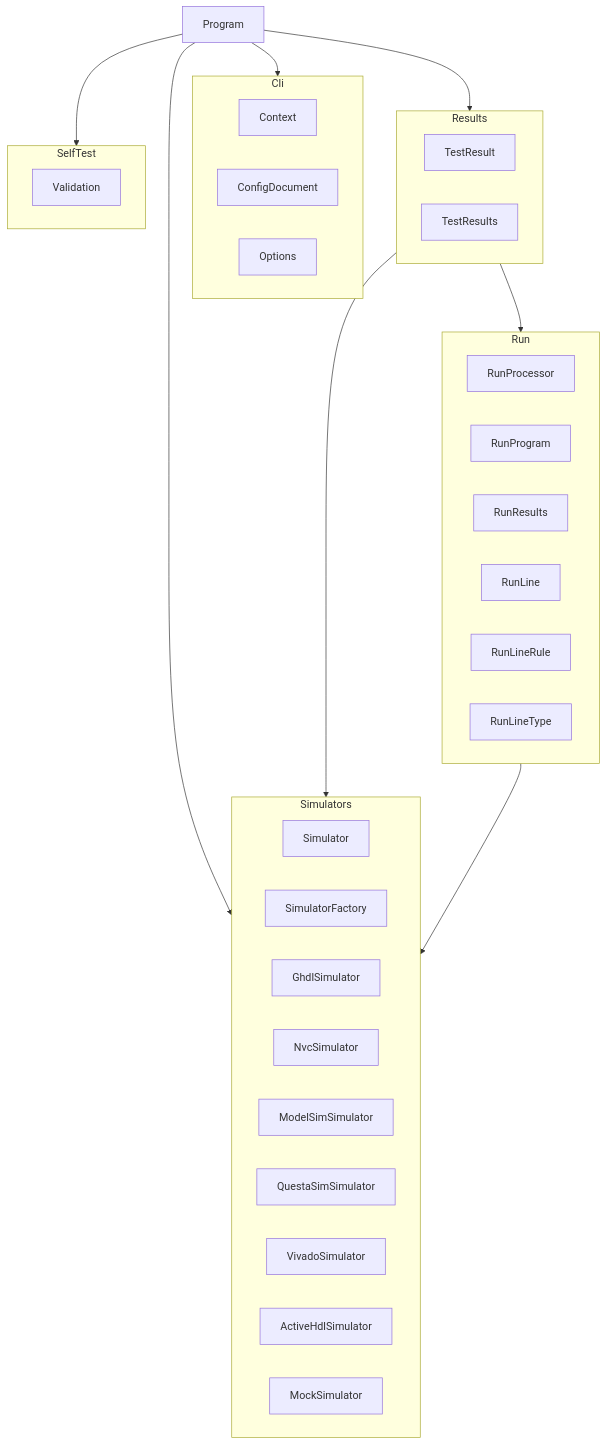
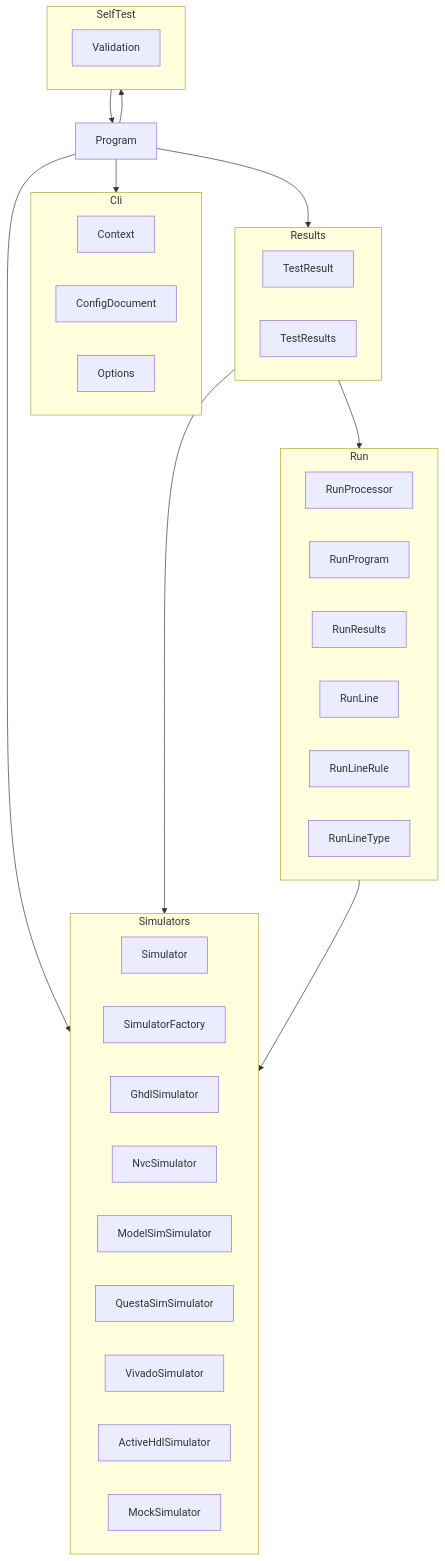
The diagram in docs/design/vhdltest.md (demaconsulting/VHDLTest), drawn with Mermaid before and after one commit. The commit also changed other lines of this file and 26 other files, not shown here.

````diff
--- a/docs/design/vhdltest.md
+++ b/docs/design/vhdltest.md
@@ -11,48 +13,49 @@
 ```mermaid
 flowchart TD
     Program
 
     subgraph Cli
         Context
         ConfigDocument
         Options
     end
 
     subgraph Simulators
         Simulator
         SimulatorFactory
         GhdlSimulator
         NvcSimulator
         ModelSimSimulator
         QuestaSimSimulator
         VivadoSimulator
         ActiveHdlSimulator
         MockSimulator
     end
 
     subgraph Run
         RunProcessor
         RunProgram
         RunResults
         RunLine
         RunLineRule
         RunLineType
     end
 
     subgraph Results
         TestResult
         TestResults
     end
 
     subgraph SelfTest
         Validation
     end
 
     Program --> Cli
     Program --> Simulators
     Program --> Results
     Program --> SelfTest
     Results --> Run
     Results --> Simulators
     Run --> Simulators
+    SelfTest --> Program
 ```
````
